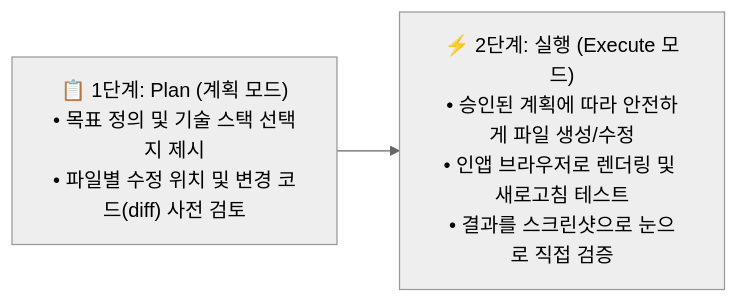
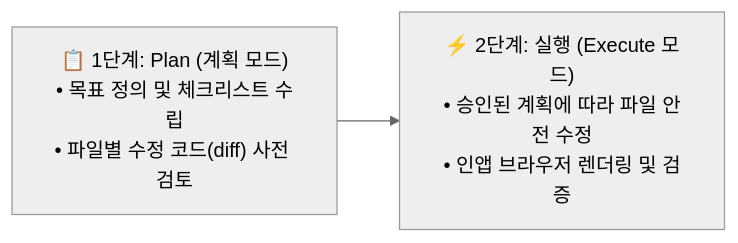
One commit to gilson0516/opencode-guide changed the diagram in 오픈코드14.md. Above: the diagram before and after it, drawn with Mermaid (neutral theme). The commit also changed other lines of this file and 30 other files, not shown here.

````diff
--- a/오픈코드14.md
+++ b/오픈코드14.md
@@ -20,4 +8,4 @@
 ```mermaid
 flowchart LR
-    Plan["📋 1단계: Plan (계획 모드)<br>• 목표 정의 및 기술 스택 선택지 제시<br>• 파일별 수정 위치 및 변경 코드(diff) 사전 검토"] --> Exec["⚡ 2단계: 실행 (Execute 모드)<br>• 승인된 계획에 따라 안전하게 파일 생성/수정<br>• 인앱 브라우저로 렌더링 및 새로고침 테스트<br>• 결과를 스크린샷으로 눈으로 직접 검증"]
+    Plan["📋 1단계: Plan (계획 모드)<br>• 목표 정의 및 체크리스트 수립<br>• 파일별 수정 코드(diff) 사전 검토"] --> Exec["⚡ 2단계: 실행 (Execute 모드)<br>• 승인된 계획에 따라 파일 안전 수정<br>• 인앱 브라우저 렌더링 및 검증"]
 ```
````
